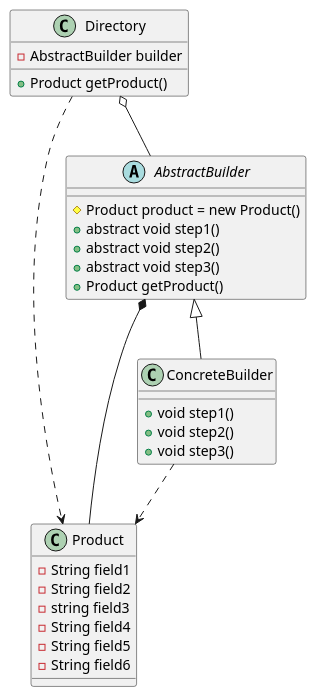
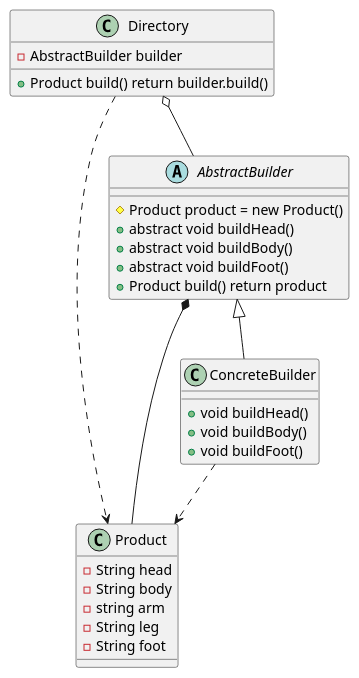
The diagram in src/main/java/com/mrathena/design/pattern/creational/patterns/builder/pattern/builder.pattern.puml (mrathena/design.pattern), drawn with PlantUML before and after one commit. The commit also changed 5 other files, not shown here.

```diff
--- a/src/main/java/com/mrathena/design/pattern/creational/patterns/builder/pattern/builder.pattern.puml
+++ b/src/main/java/com/mrathena/design/pattern/creational/patterns/builder/pattern/builder.pattern.puml
@@ -1,33 +1,32 @@
 @startuml
 
 class Product {
-    - String field1
-    - String field2
-    - string field3
-    - String field4
-    - String field5
-    - String field6
+    - String head
+    - String body
+    - string arm
+    - String leg
+    - String foot
 }
 abstract class AbstractBuilder {
     # Product product = new Product()
-    + abstract void step1()
-    + abstract void step2()
-    + abstract void step3()
-    + Product getProduct()
+    + abstract void buildHead()
+    + abstract void buildBody()
+    + abstract void buildFoot()
+    + Product build() return product
 }
 class ConcreteBuilder extends AbstractBuilder {
-    + void step1()
-    + void step2()
-    + void step3()
+    + void buildHead()
+    + void buildBody()
+    + void buildFoot()
 }
 class Directory {
     - AbstractBuilder builder
-    + Product getProduct()
+    + Product build() return builder.build()
 }
 
 AbstractBuilder *-- Product
 ConcreteBuilder ..> Product
 Directory o-- AbstractBuilder
 Directory ..> Product
 
 @enduml
```
